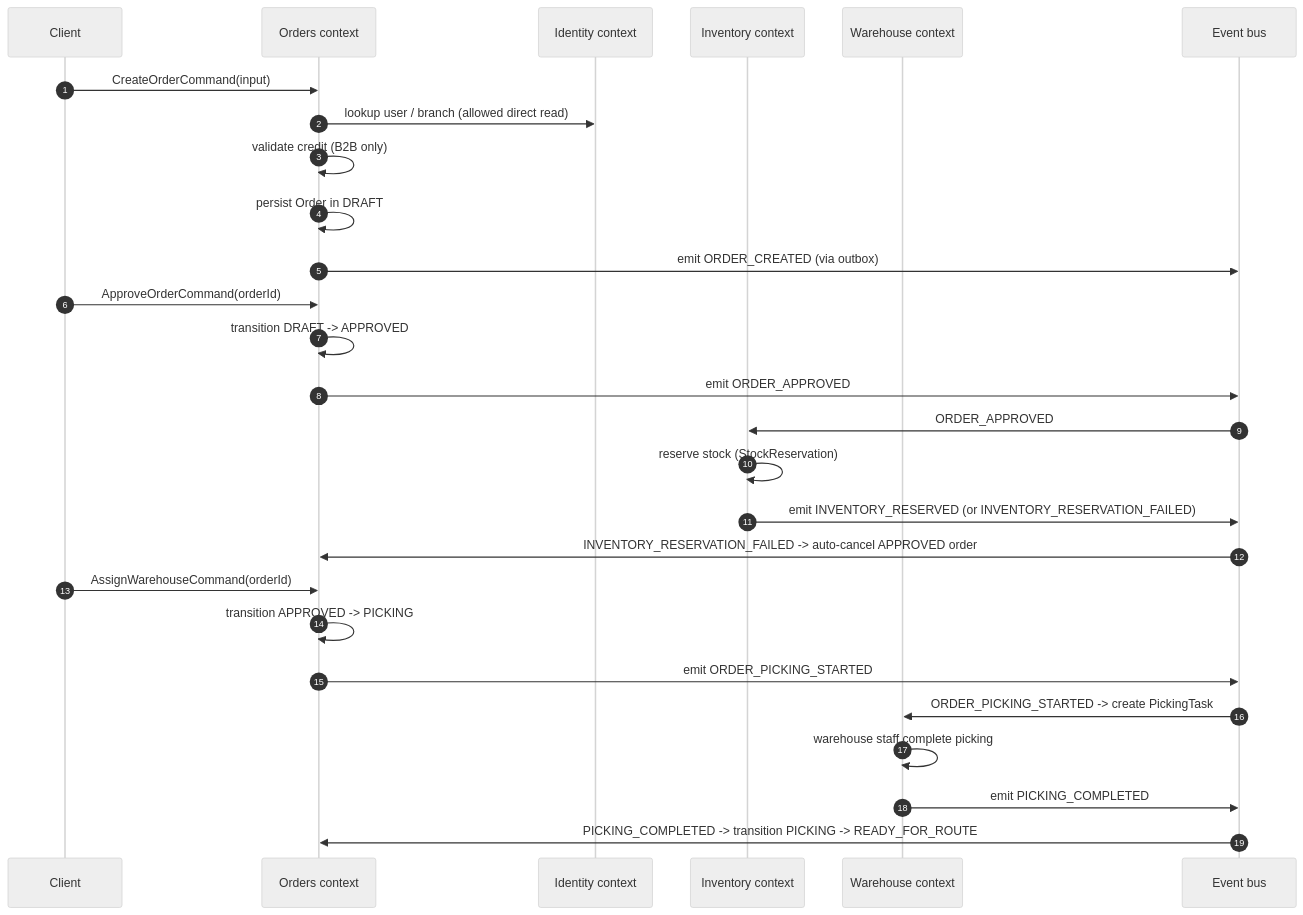
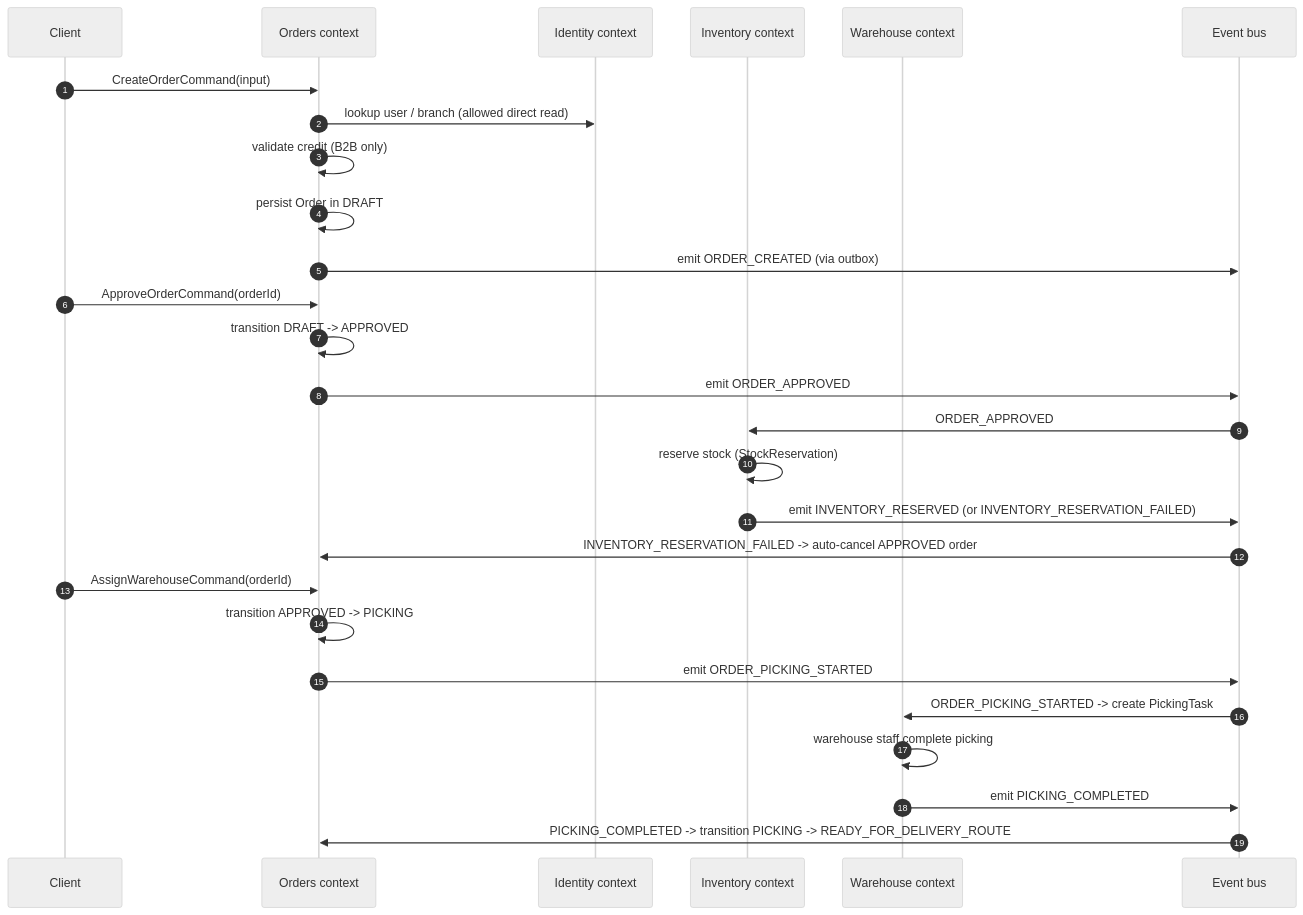
One commit to kevin-esq/binexus-platform changed the diagram in docs/workflows/order-creation.md. Above: the diagram before and after it, drawn with Mermaid (neutral theme). The commit also changed other lines of this file and 45 other files, not shown here.

Commit message:
feat(warehouse): add picking base and lock delivery route naming (#27)

````diff
--- a/docs/workflows/order-creation.md
+++ b/docs/workflows/order-creation.md
@@ -5,30 +5,30 @@
 ```mermaid
 sequenceDiagram
     autonumber
     participant Client
     participant OrdersAPI as Orders context
     participant Identity as Identity context
     participant Inventory as Inventory context
     participant Warehouse as Warehouse context
     participant Bus as Event bus
 
     Client->>OrdersAPI: CreateOrderCommand(input)
     OrdersAPI->>Identity: lookup user / branch (allowed direct read)
     OrdersAPI->>OrdersAPI: validate credit (B2B only)
     OrdersAPI->>OrdersAPI: persist Order in DRAFT
     OrdersAPI->>Bus: emit ORDER_CREATED (via outbox)
     Client->>OrdersAPI: ApproveOrderCommand(orderId)
     OrdersAPI->>OrdersAPI: transition DRAFT -> APPROVED
     OrdersAPI->>Bus: emit ORDER_APPROVED
     Bus->>Inventory: ORDER_APPROVED
     Inventory->>Inventory: reserve stock (StockReservation)
     Inventory->>Bus: emit INVENTORY_RESERVED (or INVENTORY_RESERVATION_FAILED)
     Bus->>OrdersAPI: INVENTORY_RESERVATION_FAILED -> auto-cancel APPROVED order
     Client->>OrdersAPI: AssignWarehouseCommand(orderId)
     OrdersAPI->>OrdersAPI: transition APPROVED -> PICKING
     OrdersAPI->>Bus: emit ORDER_PICKING_STARTED
     Bus->>Warehouse: ORDER_PICKING_STARTED -> create PickingTask
     Warehouse->>Warehouse: warehouse staff complete picking
     Warehouse->>Bus: emit PICKING_COMPLETED
-    Bus->>OrdersAPI: PICKING_COMPLETED -> transition PICKING -> READY_FOR_ROUTE
+    Bus->>OrdersAPI: PICKING_COMPLETED -> transition PICKING -> READY_FOR_DELIVERY_ROUTE
 ```
````
